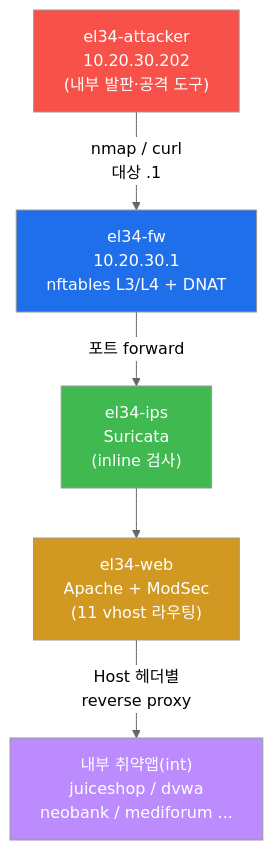
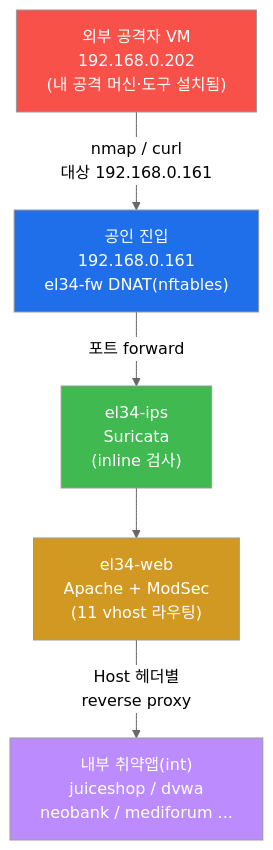
One commit to mrgrit/tw2 changed the fifth of 7 diagrams in contents/training/attack/lecture_week01.md. Above: the diagram before and after it, drawn with Mermaid (neutral theme). The commit also changed other lines of this file and 304 other files, not shown here.

````diff
--- a/contents/training/attack/lecture_week01.md
+++ b/contents/training/attack/lecture_week01.md
@@ -313,17 +315,17 @@
 ```mermaid
 graph TD
-    ATT["el34-attacker<br/>10.20.30.202<br/>(내부 발판·공격 도구)"]
-    FW["el34-fw<br/>10.20.30.1<br/>nftables L3/L4 + DNAT"]
+    ATT["외부 공격자 VM<br/>192.168.0.202<br/>(내 공격 머신·도구 설치됨)"]
+    FW["공인 진입<br/>192.168.0.161<br/>el34-fw DNAT(nftables)"]
     IPS["el34-ips<br/>Suricata<br/>(inline 검사)"]
     WEB["el34-web<br/>Apache + ModSec<br/>(11 vhost 라우팅)"]
     APPS["내부 취약앱(int)<br/>juiceshop / dvwa<br/>neobank / mediforum ..."]
-    ATT -->|"nmap / curl<br/>대상 .1"| FW
+    ATT -->|"nmap / curl<br/>대상 192.168.0.161"| FW
     FW -->|"포트 forward"| IPS
     IPS --> WEB
     WEB -->|"Host 헤더별<br/>reverse proxy"| APPS
     style ATT fill:#f85149,color:#fff
     style FW fill:#1f6feb,color:#fff
     style IPS fill:#3fb950,color:#fff
     style WEB fill:#d29922,color:#fff
     style APPS fill:#bc8cff,color:#fff
 ```
````
